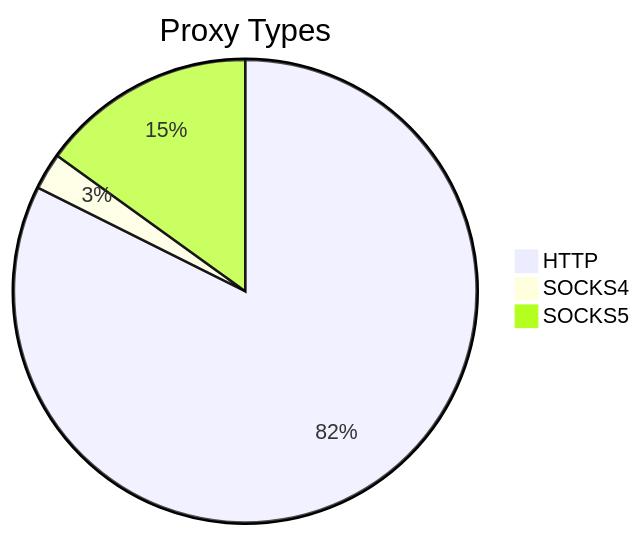
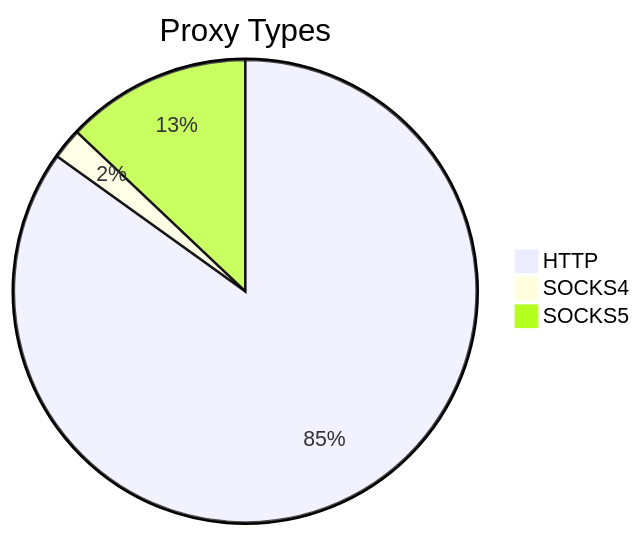
One commit to stormsia/proxy-list changed the first of 2 diagrams in README.md. Above: the diagram before and after it, drawn with Mermaid. The commit also changed other lines of this file, not shown here.

````diff
--- a/README.md
+++ b/README.md
@@ -21,6 +21,6 @@
 ```mermaid
 pie title Proxy Types
-    "HTTP" : 257
+    "HTTP" : 315
     "SOCKS4" : 8
-    "SOCKS5" : 47
+    "SOCKS5" : 48
 ```
````
